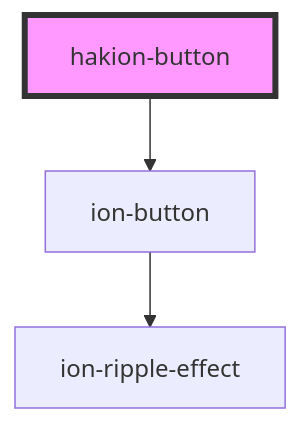
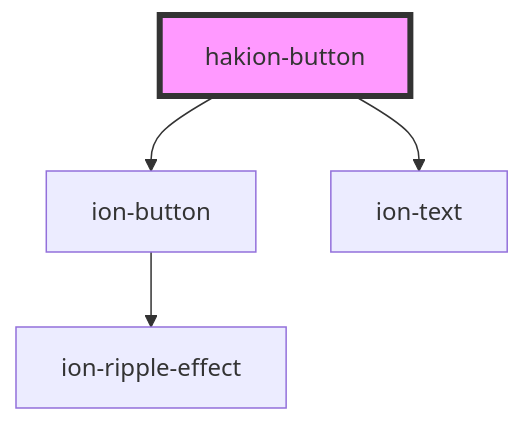
One commit to Hakkei-Co/nub-ui changed the diagram in src/components/hakion-button/readme.md. Above: the diagram before and after it, drawn with Mermaid. The commit also changed other lines of this file and 30 other files, not shown here.

````diff
--- a/src/components/hakion-button/readme.md
+++ b/src/components/hakion-button/readme.md
@@ -30,6 +33,7 @@
 ```mermaid
 graph TD;
   hakion-button --> ion-button
+  hakion-button --> ion-text
   ion-button --> ion-ripple-effect
   style hakion-button fill:#f9f,stroke:#333,stroke-width:4px
 ```
````
